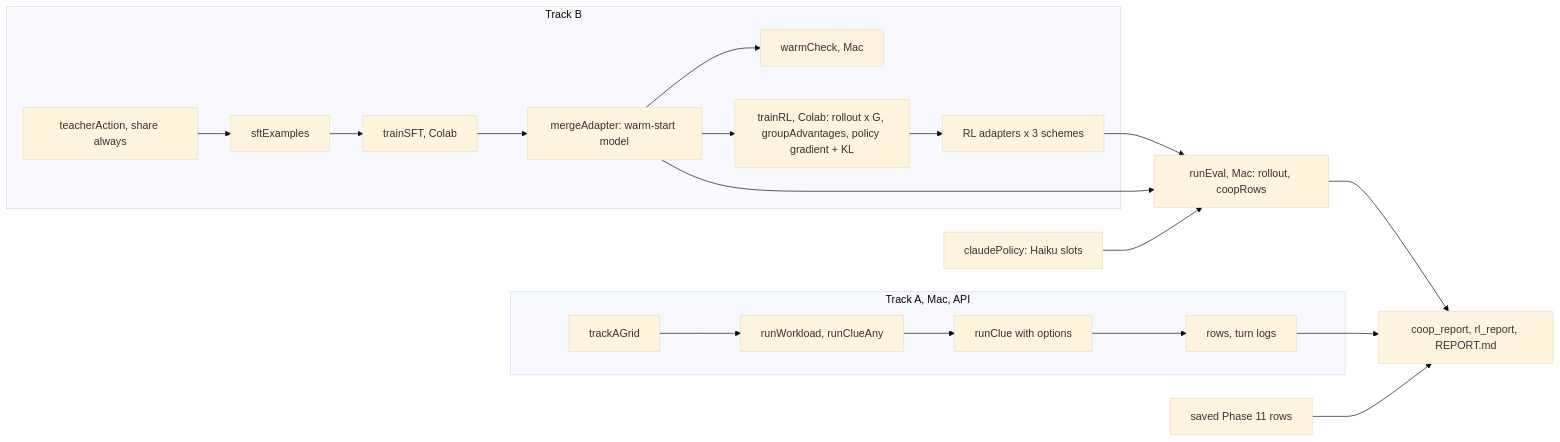
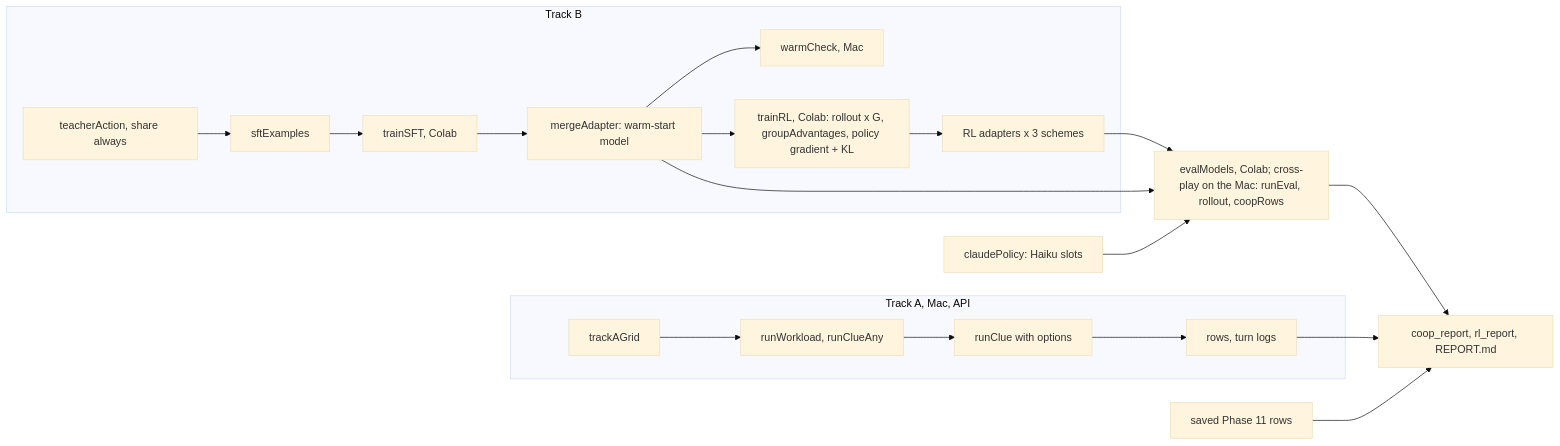
Before and after one commit to Positron00/explRL: the diagram in specs/multiagent/phase12/design-high-level.md, drawn with Mermaid (base theme). The commit also changed other lines of this file and 10 other files, not shown here.

Commit message:
Evaluation on Colab (evalModels, resumable per model); cross-play only on the Mac, merged (P12-11).

````diff
--- a/specs/multiagent/phase12/design-high-level.md
+++ b/specs/multiagent/phase12/design-high-level.md
@@ -33,17 +33,17 @@
 ```mermaid
 flowchart LR
   subgraph TA[Track A, Mac, API]
     G[trackAGrid] --> W[runWorkload, runClueAny] --> RC[runClue with options] --> RA[rows, turn logs]
   end
   subgraph TB[Track B]
     T[teacherAction, share always] --> SFT[sftExamples] --> WS[trainSFT, Colab] --> M[mergeAdapter: warm-start model]
     M --> WC[warmCheck, Mac]
     M --> RL[trainRL, Colab: rollout x G, groupAdvantages, policy gradient + KL] --> AD[RL adapters x 3 schemes]
   end
-  AD --> EV[runEval, Mac: rollout, coopRows]
+  AD --> EV[evalModels, Colab; cross-play on the Mac: runEval, rollout, coopRows]
   M --> EV
   EV --> REP[coop_report, rl_report, REPORT.md]
   RA --> REP
   P11[saved Phase 11 rows] --> REP
   H[claudePolicy: Haiku slots] --> EV
 ```
````
